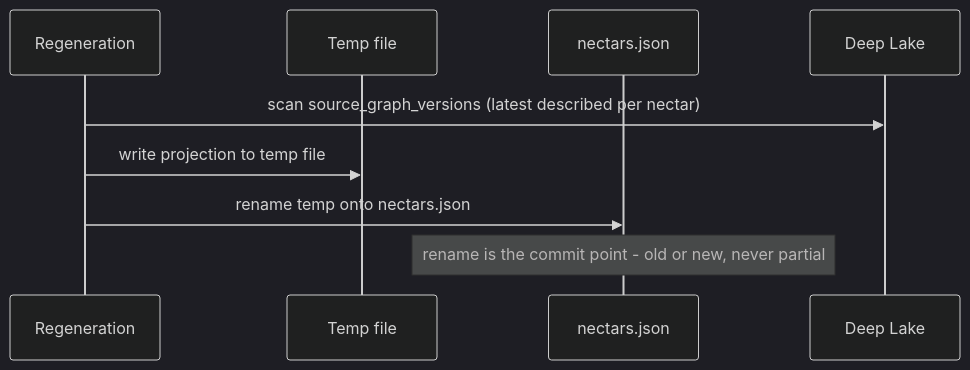
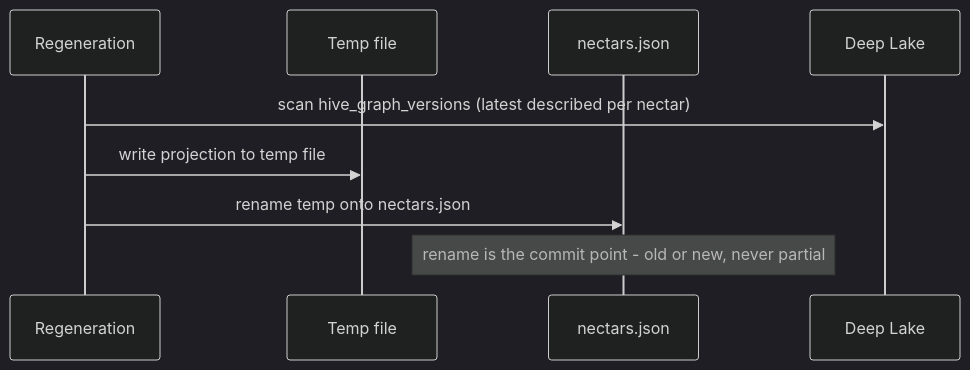
Before and after one commit to legioncodeinc/nectar: the second of 2 diagrams in library/knowledge/private/data/portable-registry-deep-dive/portable-registry-technical-specification.md, drawn with Mermaid (dark theme). The commit also changed other lines of this file and 337 other files, not shown here.

````diff
--- a/library/knowledge/private/data/portable-registry-deep-dive/portable-registry-technical-specification.md
+++ b/library/knowledge/private/data/portable-registry-deep-dive/portable-registry-technical-specification.md
@@ -154,12 +154,12 @@
 ```mermaid
 sequenceDiagram
     participant Gen as Regeneration
     participant Tmp as Temp file
     participant Disk as nectars.json
     participant DL as Deep Lake
 
-    Gen->>DL: scan source_graph_versions (latest described per nectar)
+    Gen->>DL: scan hive_graph_versions (latest described per nectar)
     Gen->>Tmp: write projection to temp file
     Gen->>Disk: rename temp onto nectars.json
     Note over Disk: rename is the commit point - old or new, never partial
 ```
````
